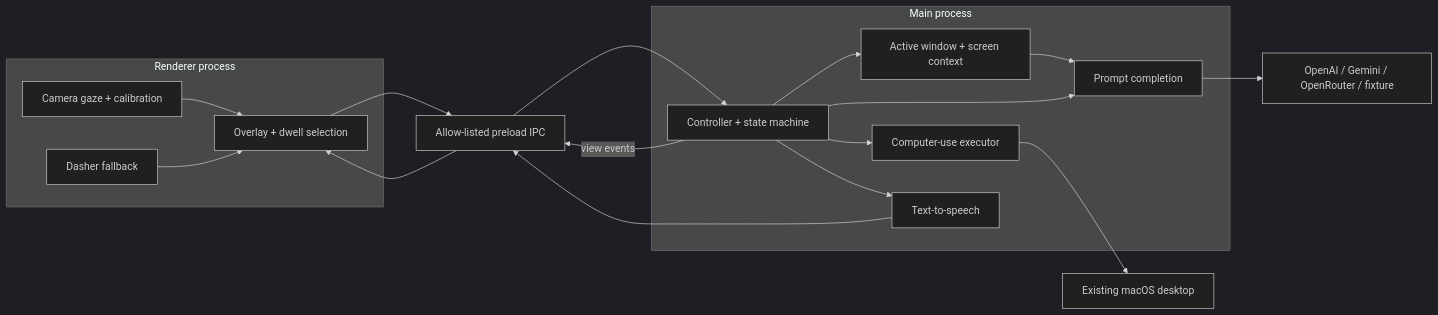
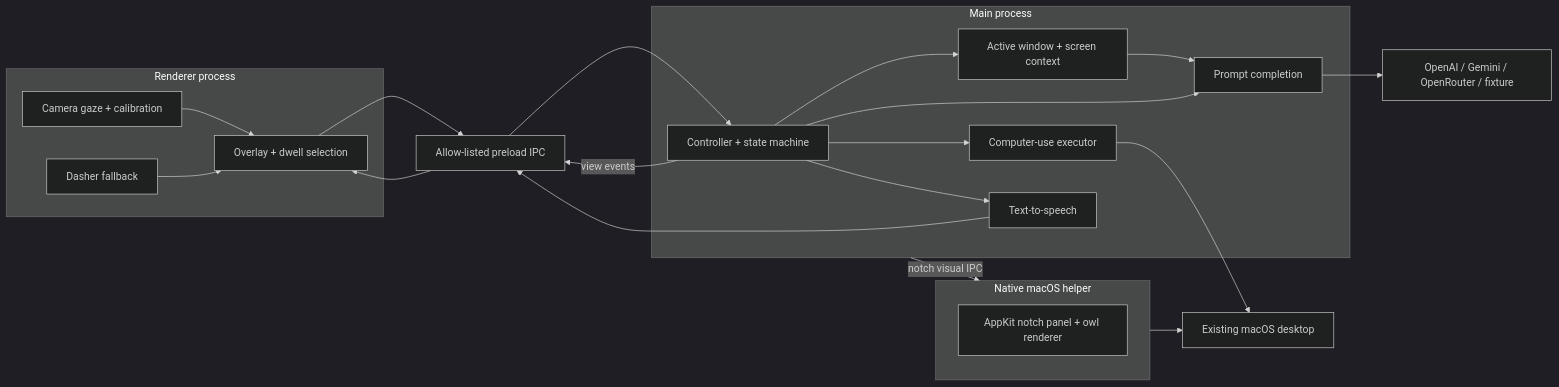
One commit to lesprgm/Hoot changed the diagram in README.md. Above: the diagram before and after it, drawn with Mermaid (dark theme). The commit also changed other lines of this file and 14 other files, not shown here.

Commit message:
fix: attach owl to native notch host

````diff
--- a/README.md
+++ b/README.md
@@ -62,27 +64,33 @@
 ```mermaid
 flowchart LR
     subgraph R["Renderer process"]
         G["Camera gaze + calibration"] --> O["Overlay + dwell selection"]
         D["Dasher fallback"] --> O
     end
 
     I["Allow-listed preload IPC"]
 
     subgraph M["Main process"]
         C["Controller + state machine"]
         K["Active window + screen context"]
         P["Prompt completion"]
         X["Computer-use executor"]
         T["Text-to-speech"]
         C --> K
         C --> P
         K --> P
     end
 
     O --> I --> C
     C -->|"view events"| I
+    M -->|"notch visual IPC"| N
     C --> X --> Mac["Existing macOS desktop"]
     P --> LLM["OpenAI / Gemini / OpenRouter / fixture"]
     C --> T --> I
     I --> O
+
+    subgraph N["Native macOS helper"]
+        H["AppKit notch panel + owl renderer"]
+    end
+    N --> Mac
 ```
````
